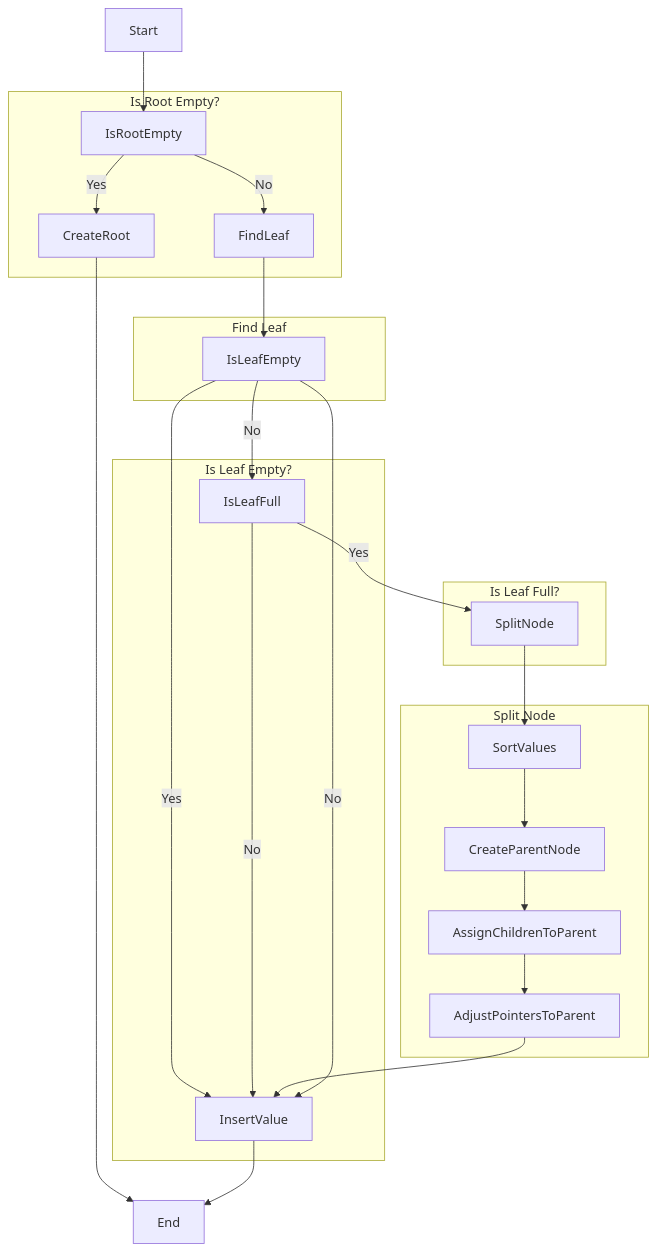
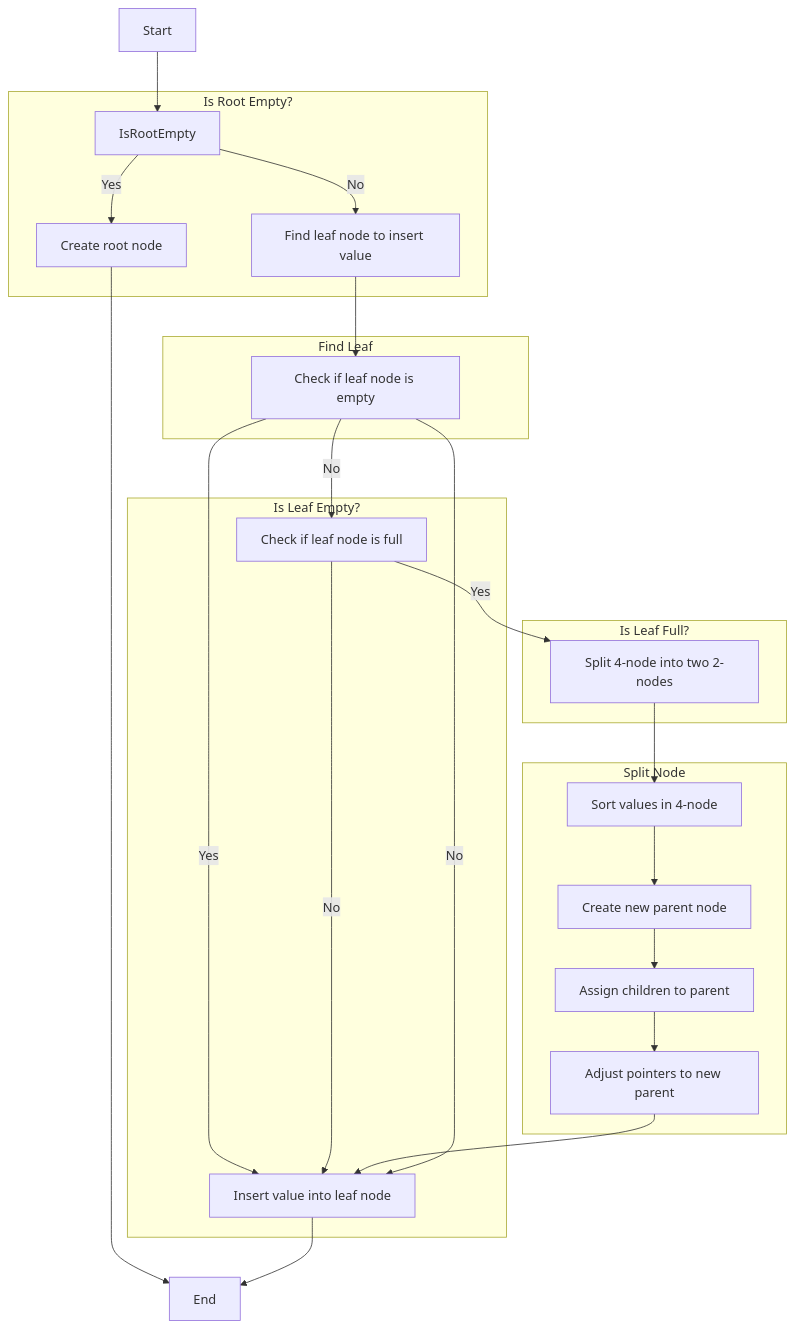
Before and after one commit to perryzjc/Interpreter-Basic: the diagram in src/main/java/Utils/README.md, drawn with Mermaid.

Commit message:
add some more description

````diff
--- a/src/main/java/Utils/README.md
+++ b/src/main/java/Utils/README.md
@@ -1,29 +1,40 @@
 ```mermaid
 flowchart TD
     Start --> IsRootEmpty
     subgraph Is Root Empty?
         IsRootEmpty -->|Yes| CreateRoot
         IsRootEmpty -->|No| FindLeaf
+        CreateRoot[Create root node]
+        FindLeaf[Find leaf node to insert value]
     end
     CreateRoot --> End
     subgraph Find Leaf
         FindLeaf --> IsLeafEmpty
+        IsLeafEmpty[Check if leaf node is empty]
     end
     subgraph Is Leaf Empty?
         IsLeafEmpty -->|Yes| InsertValue
         IsLeafEmpty -->|No| IsLeafFull
+        InsertValue[Insert value into leaf node]
+        IsLeafFull[Check if leaf node is full]
     end
     InsertValue --> End
     subgraph Is Leaf Full?
         IsLeafFull -->|Yes| SplitNode
         IsLeafFull -->|No| InsertValue
+        SplitNode[Split 4-node into two 2-nodes]
     end
     subgraph Split Node
         SplitNode --> SortValues
         SortValues --> CreateParentNode
         CreateParentNode --> AssignChildrenToParent
         AssignChildrenToParent --> AdjustPointersToParent
+        SortValues[Sort values in 4-node]
+        CreateParentNode[Create new parent node]
+        AssignChildrenToParent[Assign children to parent]
+        AdjustPointersToParent[Adjust pointers to new parent]
     end
     AdjustPointersToParent --> InsertValue
     IsLeafEmpty -->|No| InsertValue
+
 ```
````
